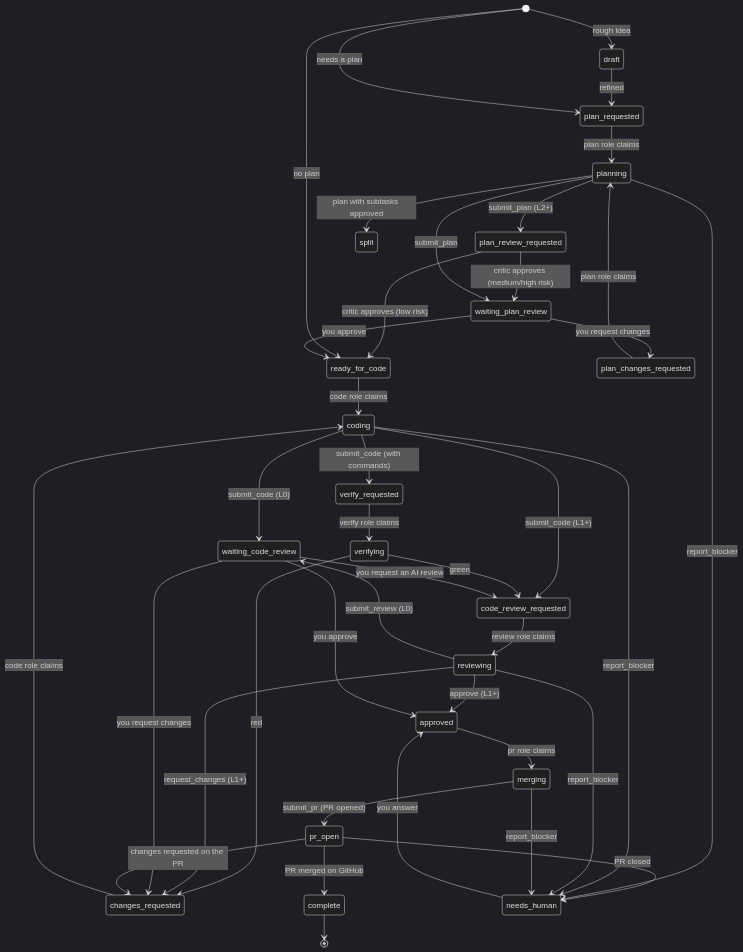
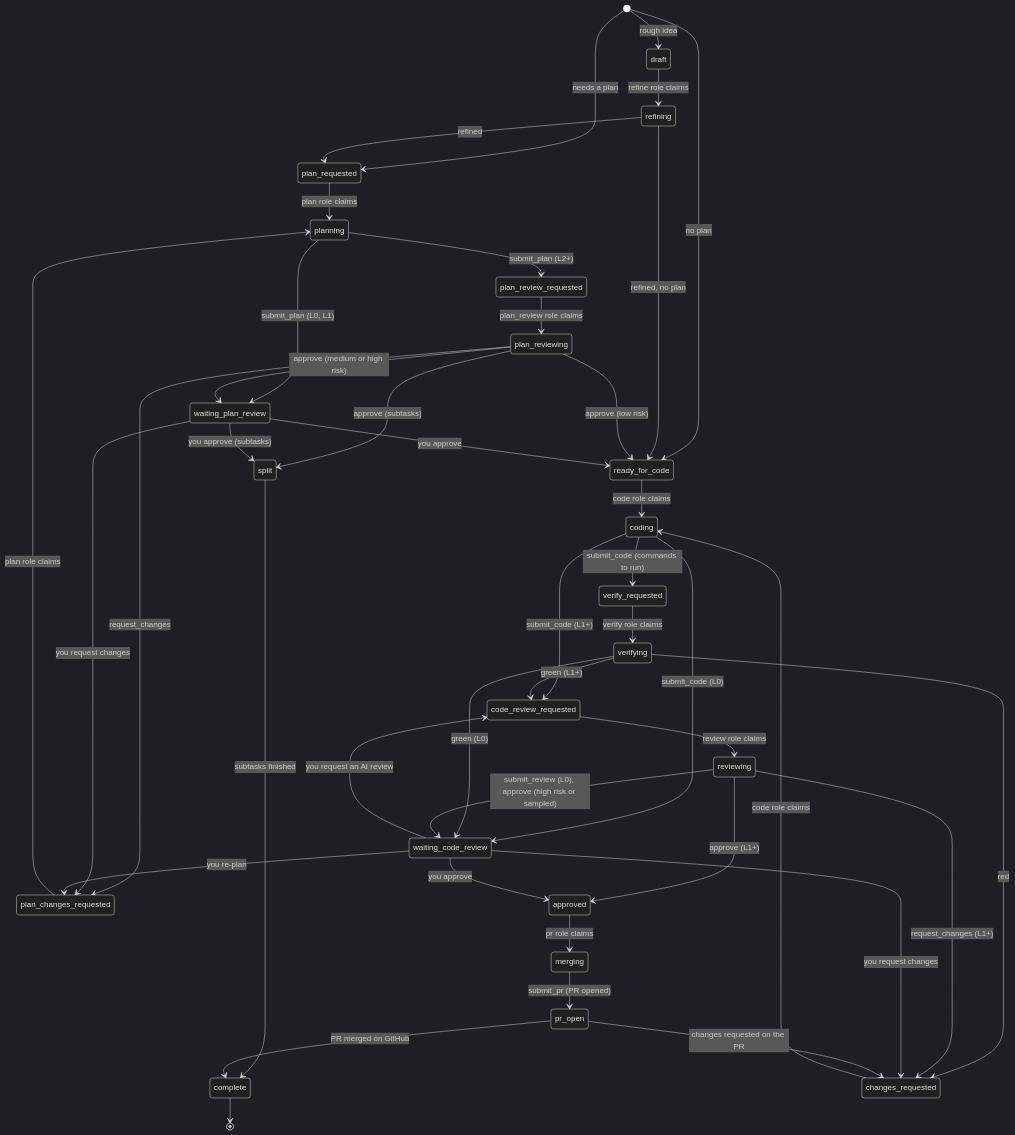
One commit to sergiowero/agent-task-queue changed the second of 3 diagrams in README.md. Above: the diagram before and after it, drawn with Mermaid (dark theme). The commit also changed other lines of this file and 1 other file, not shown here.

First line of the commit message:
docs: describe the L2 flow, escalations and the current portal

````diff
--- a/README.md
+++ b/README.md
@@ -153,42 +156,44 @@
 ```mermaid
 stateDiagram-v2
     [*] --> draft: rough idea
-    draft --> plan_requested: refined
     [*] --> plan_requested: needs a plan
+    [*] --> ready_for_code: no plan
+    draft --> refining: refine role claims
+    refining --> plan_requested: refined
+    refining --> ready_for_code: refined, no plan
+    plan_requested --> planning: plan role claims
     planning --> plan_review_requested: submit_plan (L2+)
-    plan_review_requested --> ready_for_code: critic approves (low risk)
-    plan_review_requested --> waiting_plan_review: critic approves (medium/high risk)
-    planning --> split: plan with subtasks approved
-    [*] --> ready_for_code: no plan
-    plan_requested --> planning: plan role claims
-    planning --> waiting_plan_review: submit_plan
+    planning --> waiting_plan_review: submit_plan (L0, L1)
+    plan_review_requested --> plan_reviewing: plan_review role claims
+    plan_reviewing --> ready_for_code: approve (low risk)
+    plan_reviewing --> waiting_plan_review: approve (medium or high risk)
+    plan_reviewing --> plan_changes_requested: request_changes
+    plan_reviewing --> split: approve (subtasks)
     waiting_plan_review --> ready_for_code: you approve
+    waiting_plan_review --> split: you approve (subtasks)
     waiting_plan_review --> plan_changes_requested: you request changes
     plan_changes_requested --> planning: plan role claims
+    split --> complete: subtasks finished
     ready_for_code --> coding: code role claims
+    coding --> verify_requested: submit_code (commands to run)
+    coding --> code_review_requested: submit_code (L1+)
     coding --> waiting_code_review: submit_code (L0)
-    coding --> code_review_requested: submit_code (L1+)
-    coding --> verify_requested: submit_code (with commands)
     verify_requested --> verifying: verify role claims
-    verifying --> code_review_requested: green
+    verifying --> code_review_requested: green (L1+)
+    verifying --> waiting_code_review: green (L0)
     verifying --> changes_requested: red
+    code_review_requested --> reviewing: review role claims
     reviewing --> approved: approve (L1+)
+    reviewing --> waiting_code_review: submit_review (L0), approve (high risk or sampled)
     reviewing --> changes_requested: request_changes (L1+)
     waiting_code_review --> code_review_requested: you request an AI review
-    code_review_requested --> reviewing: review role claims
-    reviewing --> waiting_code_review: submit_review (L0)
+    waiting_code_review --> approved: you approve
     waiting_code_review --> changes_requested: you request changes
+    waiting_code_review --> plan_changes_requested: you re-plan
     changes_requested --> coding: code role claims
-    waiting_code_review --> approved: you approve
     approved --> merging: pr role claims
     merging --> pr_open: submit_pr (PR opened)
     pr_open --> complete: PR merged on GitHub
-    pr_open --> needs_human: PR closed
     pr_open --> changes_requested: changes requested on the PR
     complete --> [*]
-    planning --> needs_human: report_blocker
-    coding --> needs_human: report_blocker
-    reviewing --> needs_human: report_blocker
-    merging --> needs_human: report_blocker
-    needs_human --> approved: you answer
 ```
````
